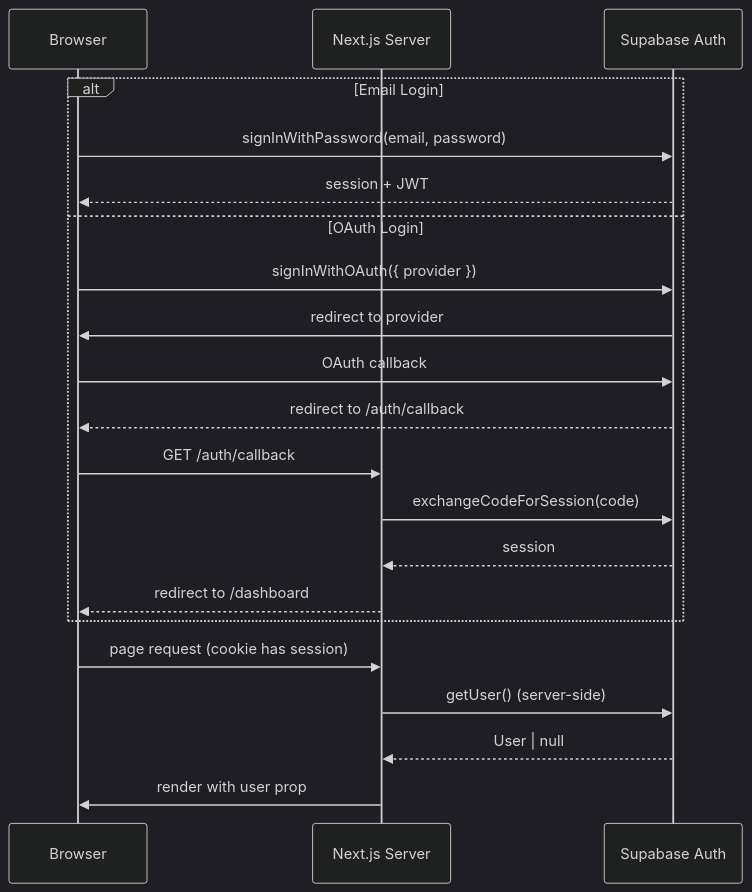
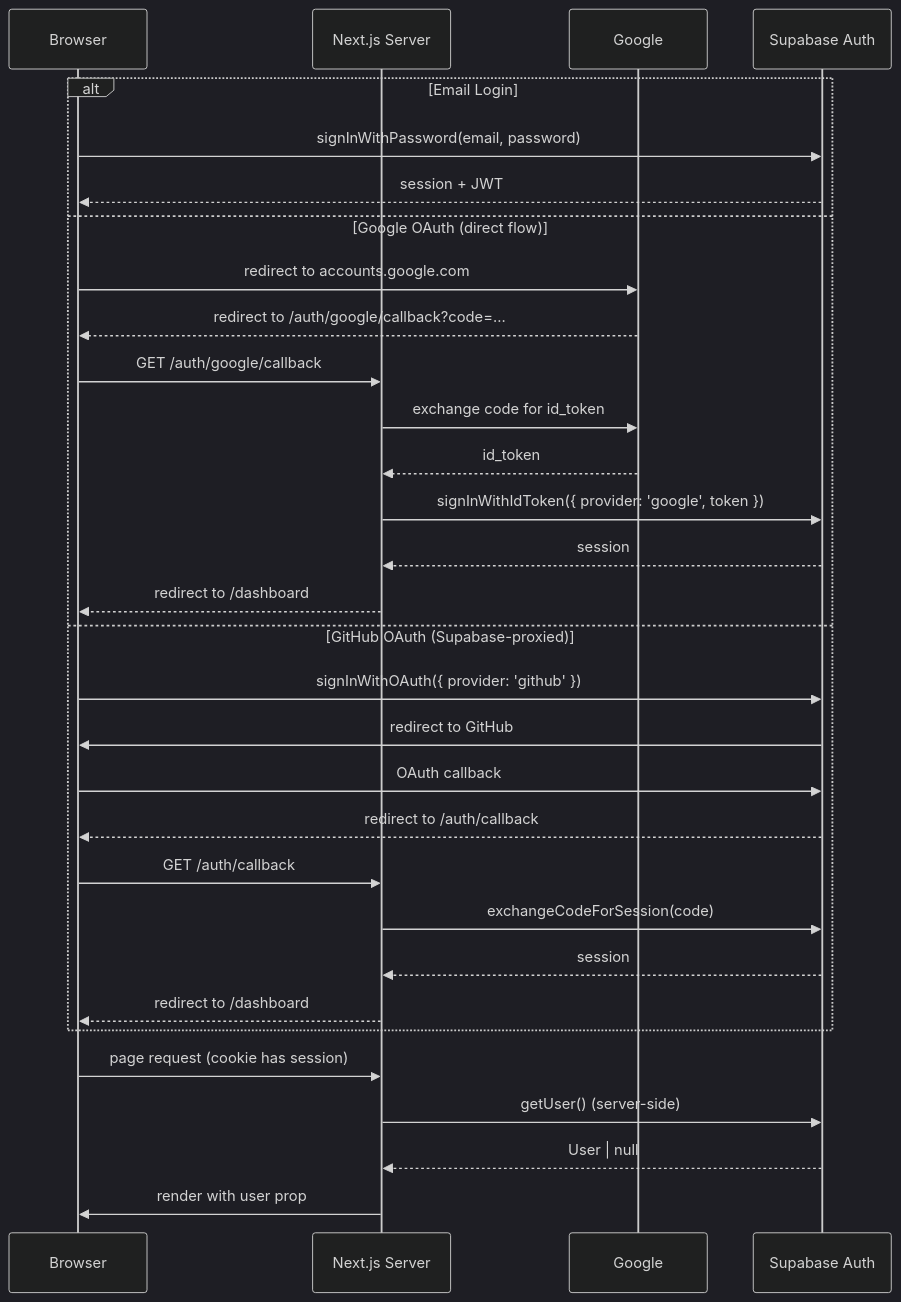
One commit to bencohendev/swashbuckler changed the first of 3 diagrams in .readme/api/auth.md. Above: the diagram before and after it, drawn with Mermaid (dark theme). The commit also changed other lines of this file and 3 other files, not shown here.

First line of the commit message:
Update auth docs for direct Google OAuth flow

````diff
--- a/.readme/api/auth.md
+++ b/.readme/api/auth.md
@@ -15,25 +15,35 @@
 ```mermaid
 sequenceDiagram
     participant B as Browser
     participant N as Next.js Server
+    participant G as Google
     participant S as Supabase Auth
 
     alt Email Login
         B->>S: signInWithPassword(email, password)
         S-->>B: session + JWT
-    else OAuth Login
-        B->>S: signInWithOAuth({ provider })
-        S->>B: redirect to provider
+    else Google OAuth (direct flow)
+        B->>G: redirect to accounts.google.com
+        G-->>B: redirect to /auth/google/callback?code=...
+        B->>N: GET /auth/google/callback
+        N->>G: exchange code for id_token
+        G-->>N: id_token
+        N->>S: signInWithIdToken({ provider: 'google', token })
+        S-->>N: session
+        N-->>B: redirect to /dashboard
+    else GitHub OAuth (Supabase-proxied)
+        B->>S: signInWithOAuth({ provider: 'github' })
+        S->>B: redirect to GitHub
         B->>S: OAuth callback
         S-->>B: redirect to /auth/callback
         B->>N: GET /auth/callback
         N->>S: exchangeCodeForSession(code)
         S-->>N: session
         N-->>B: redirect to /dashboard
     end
 
     B->>N: page request (cookie has session)
     N->>S: getUser() (server-side)
     S-->>N: User | null
     N->>B: render with user prop
 ```
````
